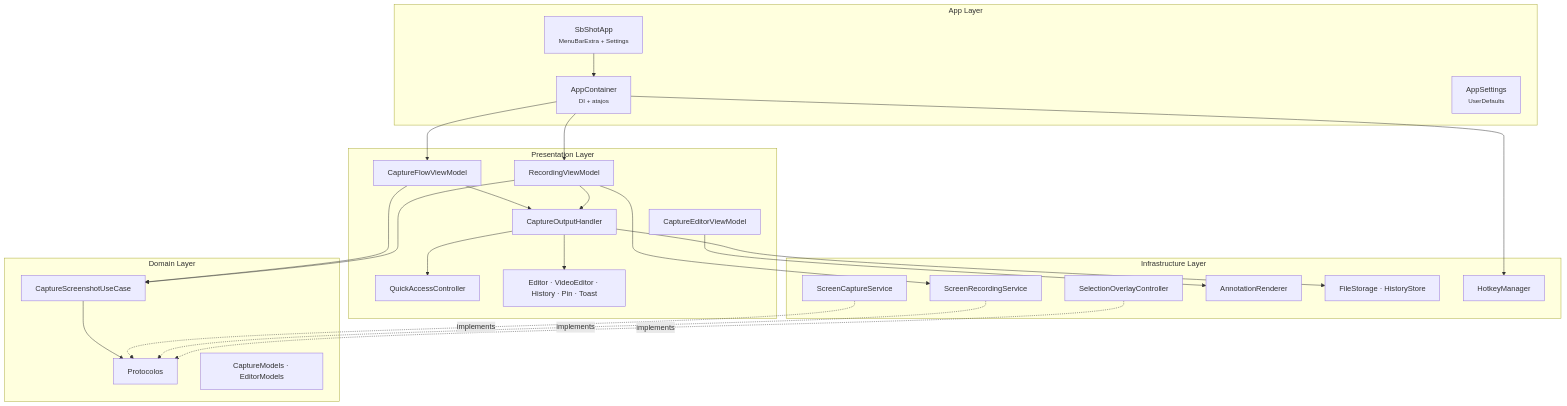
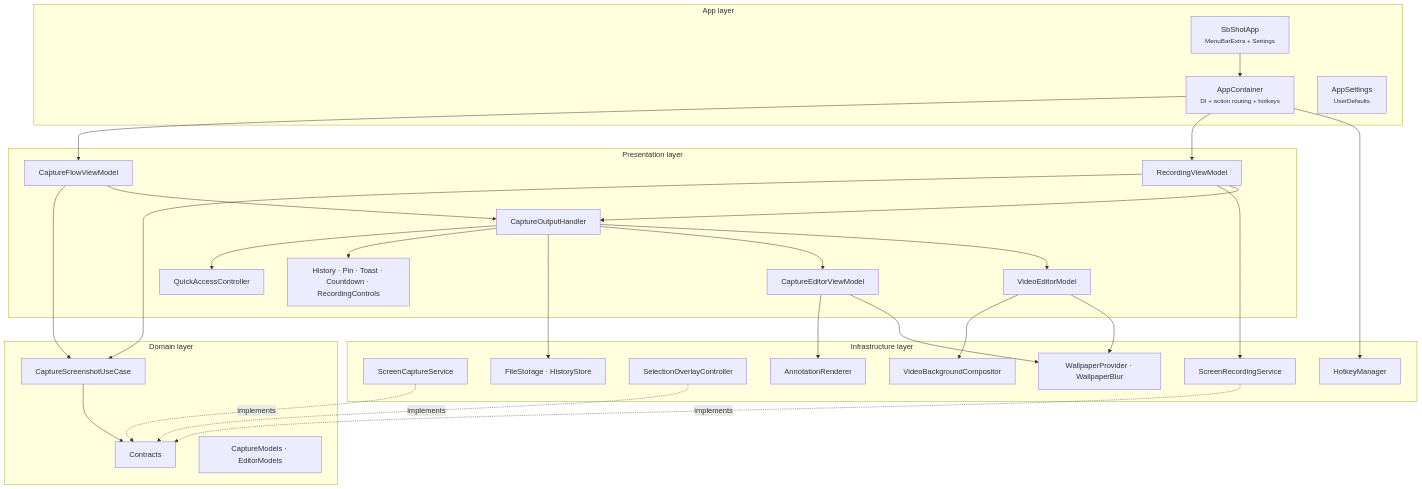
Before and after one commit to Osmait/sb-shot: the first of 3 diagrams in ARCHITECTURE.md, drawn with Mermaid. The commit also changed other lines of this file and 12 other files, not shown here.

````diff
--- a/ARCHITECTURE.md
+++ b/ARCHITECTURE.md
@@ -49,50 +58,58 @@
 ```mermaid
 graph TB
-    subgraph App["App Layer"]
+    subgraph App["App layer"]
         SbShotApp["SbShotApp<br/><small>MenuBarExtra + Settings</small>"]
-        AppContainer["AppContainer<br/><small>DI + atajos</small>"]
+        AppContainer["AppContainer<br/><small>DI + action routing + hotkeys</small>"]
         Settings["AppSettings<br/><small>UserDefaults</small>"]
     end
 
-    subgraph Presentation["Presentation Layer"]
+    subgraph Presentation["Presentation layer"]
         FlowVM["CaptureFlowViewModel"]
         RecVM["RecordingViewModel"]
         Output["CaptureOutputHandler"]
         EditorVM["CaptureEditorViewModel"]
+        VideoVM["VideoEditorModel"]
         QuickAccess["QuickAccessController"]
-        Windows["Editor · VideoEditor · History · Pin · Toast"]
+        Windows["History · Pin · Toast · Countdown · RecordingControls"]
     end
 
-    subgraph Infrastructure["Infrastructure Layer"]
+    subgraph Infrastructure["Infrastructure layer"]
         Capture["ScreenCaptureService"]
         Recorder["ScreenRecordingService"]
         Selection["SelectionOverlayController"]
         Renderer["AnnotationRenderer"]
+        Compositor["VideoBackgroundCompositor"]
+        Wallpaper["WallpaperProvider · WallpaperBlur"]
         Files["FileStorage · HistoryStore"]
         Hotkey["HotkeyManager"]
     end
 
-    subgraph Domain["Domain Layer"]
+    subgraph Domain["Domain layer"]
         UseCase["CaptureScreenshotUseCase"]
-        Contracts["Protocolos"]
+        Contracts["Contracts"]
         Models["CaptureModels · EditorModels"]
     end
 
     SbShotApp --> AppContainer
     AppContainer --> FlowVM
     AppContainer --> RecVM
     AppContainer --> Hotkey
     FlowVM --> UseCase
     RecVM --> UseCase
     RecVM --> Recorder
     FlowVM --> Output
     RecVM --> Output
     Output --> QuickAccess
     Output --> Windows
     Output --> Files
+    Output --> EditorVM
+    Output --> VideoVM
     EditorVM --> Renderer
+    EditorVM --> Wallpaper
+    VideoVM --> Compositor
+    VideoVM --> Wallpaper
     UseCase --> Contracts
     Capture -.->|implements| Contracts
     Recorder -.->|implements| Contracts
     Selection -.->|implements| Contracts
 ```
````
